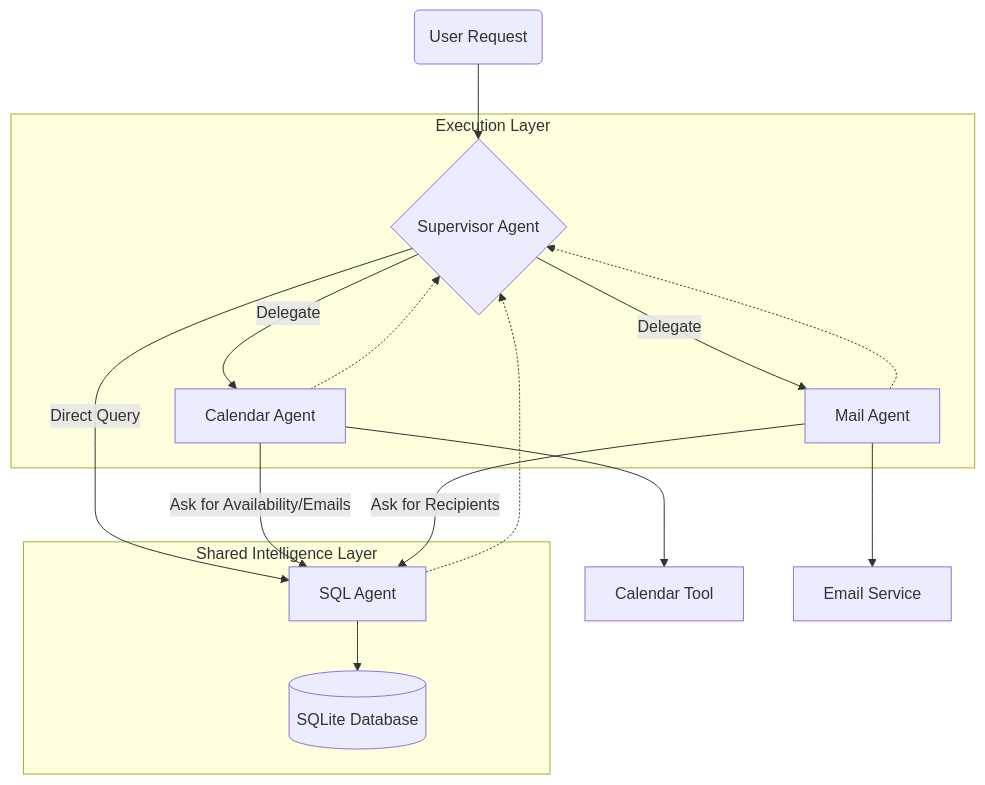
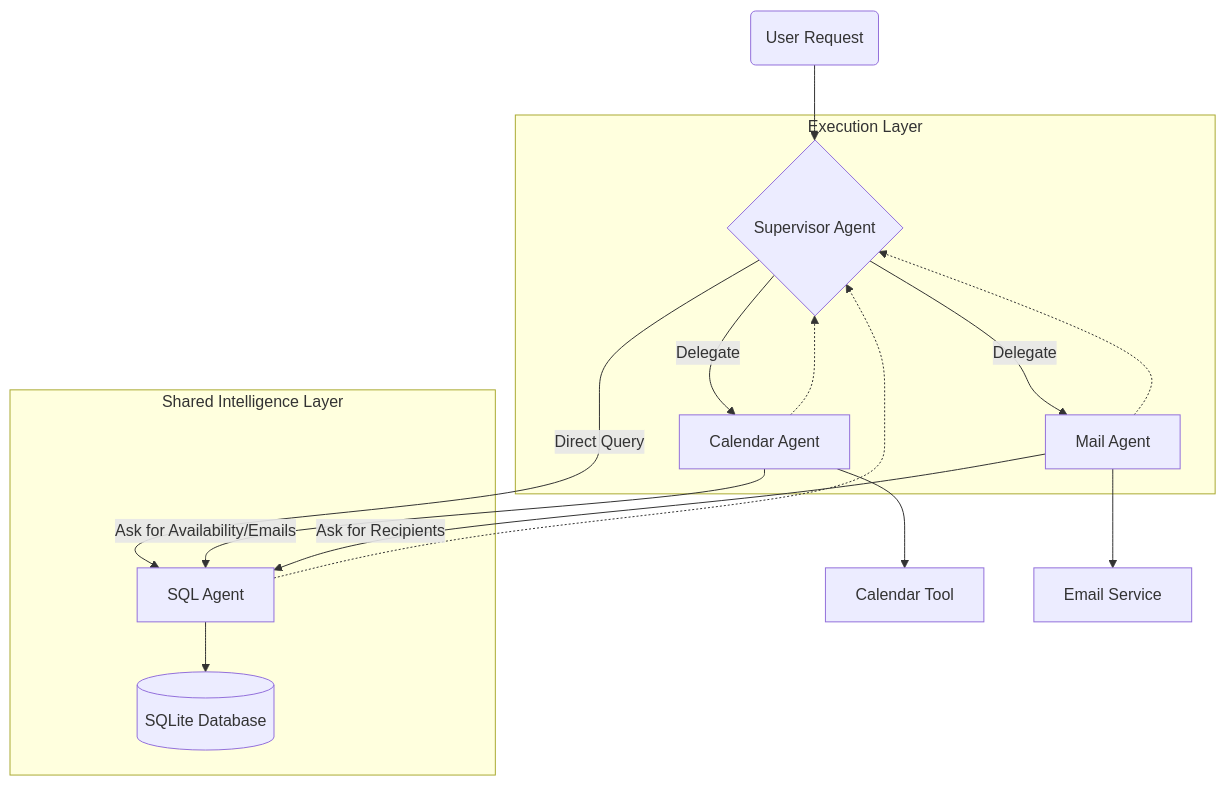
Before and after one commit to danielecelsa/mail-calendar-assistant: the diagram in README.md, drawn with Mermaid.

Commit message:
Readme graph

````diff
--- a/README.md
+++ b/README.md
@@ -45,31 +45,44 @@
 ```mermaid
 graph TD
     User(User Request) --> Supervisor{Supervisor Agent}
     
     subgraph "Execution Layer"
         Supervisor -- "Delegate" --> Cal[Calendar Agent]
         Supervisor -- "Delegate" --> Mail[Mail Agent]
     end
     
-    subgraph "Shared Intelligence Layer<br><br>"
-        SQL[SQL Agent]
+    subgraph "Shared Intelligence Layer"
+        %% 1. The Pad node creates the vertical space
+        Pad[ ]
+        
+        %% 2. Link Pad to SQL to push SQL down
+        Pad ~~~ SQL[SQL Agent]
+
         DB[(SQLite Database)]
         SQL --> DB
     end
+
+    %% 3. CRITICAL: Invisible anchor to keep the diagram Vertical
+    %% Linking the center of the top to the pad forces a Top-Down layout
+    Supervisor ~~~ Pad
     
     %% The Supervisor can call SQL directly
     Supervisor -- "Direct Query" --> SQL
     
     %% The CRITICAL part: Workers calling the SQL Agent
     Cal -- "Ask for Availability/Emails" --> SQL
     Mail -- "Ask for Recipients" --> SQL
     
     %% Tools
     Cal --> GCal[Calendar Tool]
     Mail --> SMTP[Email Service]
     
     %% Returns
     Cal -.-> Supervisor
     Mail -.-> Supervisor
     SQL -.-> Supervisor
+
+    %% 4. Styling to hide the Pad entirely
+    classDef invisible fill:none,stroke:none,color:#0000,font-size:0px;
+    class Pad invisible;
 ```
````
